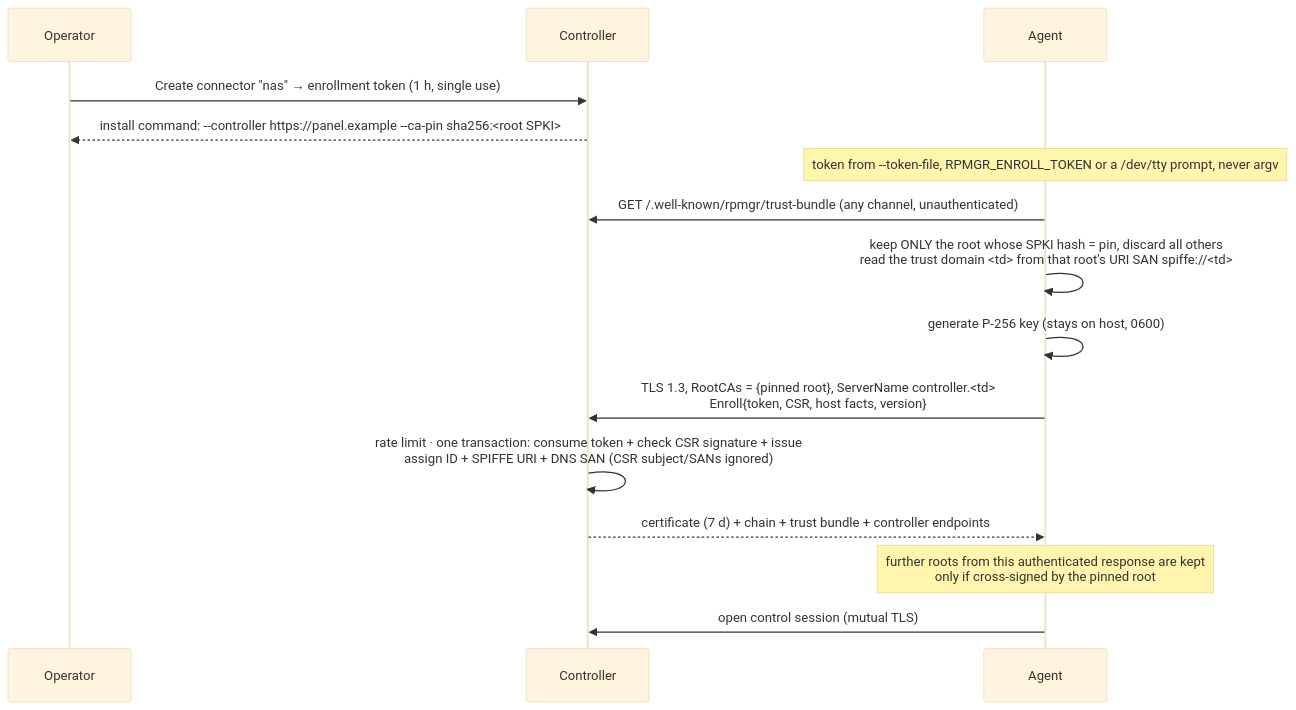
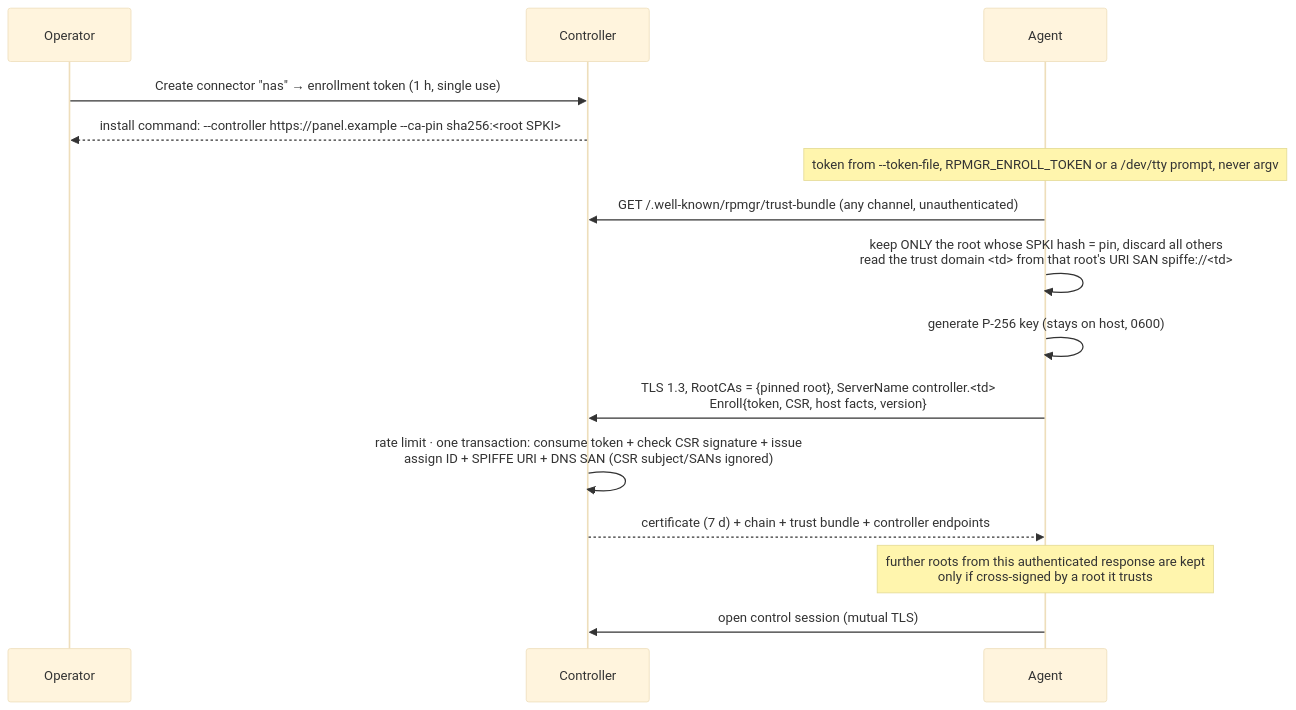
One commit to felix-homelab/rpmgr changed the first of 8 diagrams in docs/03-connections.md. Above: the diagram before and after it, drawn with Mermaid (base theme). The commit also changed other lines of this file and 18 other files, not shown here.

````diff
--- a/docs/03-connections.md
+++ b/docs/03-connections.md
@@ -74,17 +74,17 @@
 ```mermaid
 sequenceDiagram
   participant Op as Operator
   participant C as Controller
   participant A as Agent
   Op->>C: Create connector "nas" → enrollment token (1 h, single use)
   C-->>Op: install command: --controller https://panel.example --ca-pin sha256:<root SPKI>
   Note over A: token from --token-file, RPMGR_ENROLL_TOKEN or a /dev/tty prompt, never argv
   A->>C: GET /.well-known/rpmgr/trust-bundle (any channel, unauthenticated)
   A->>A: keep ONLY the root whose SPKI hash = pin, discard all others<br/>read the trust domain <td> from that root's URI SAN spiffe://<td>
   A->>A: generate P-256 key (stays on host, 0600)
   A->>C: TLS 1.3, RootCAs = {pinned root}, ServerName controller.<td><br/>Enroll{token, CSR, host facts, version}
   C->>C: rate limit · one transaction: consume token + check CSR signature + issue<br/>assign ID + SPIFFE URI + DNS SAN (CSR subject/SANs ignored)
   C-->>A: certificate (7 d) + chain + trust bundle + controller endpoints
-  Note over A: further roots from this authenticated response are kept<br/>only if cross-signed by the pinned root
+  Note over A: further roots from this authenticated response are kept<br/>only if cross-signed by a root it trusts
   A->>C: open control session (mutual TLS)
 ```
````
